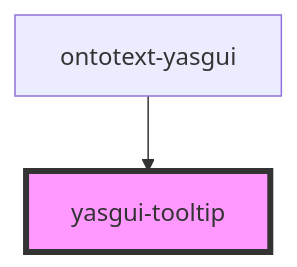
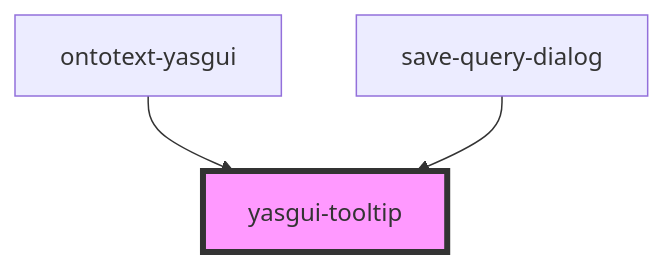
Before and after one commit to Ontotext-AD/ontotext-yasgui: the diagram in ontotext-yasgui-web-component/src/components/ontotext-tooltip-web-component/readme.md, drawn with Mermaid. The commit also changed other lines of this file and 31 other files, not shown here.

First line of the commit message:
GDB-7783 implement save query action

````diff
--- a/ontotext-yasgui-web-component/src/components/ontotext-tooltip-web-component/readme.md
+++ b/ontotext-yasgui-web-component/src/components/ontotext-tooltip-web-component/readme.md
@@ -24,5 +25,6 @@
 ```mermaid
 graph TD;
   ontotext-yasgui --> yasgui-tooltip
+  save-query-dialog --> yasgui-tooltip
   style yasgui-tooltip fill:#f9f,stroke:#333,stroke-width:4px
 ```
````
